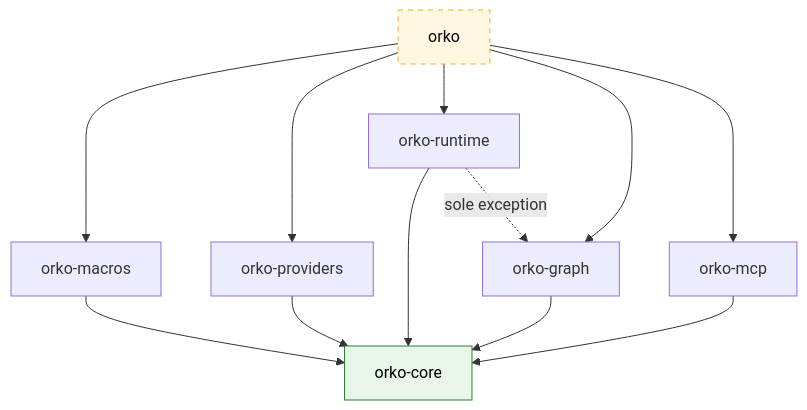
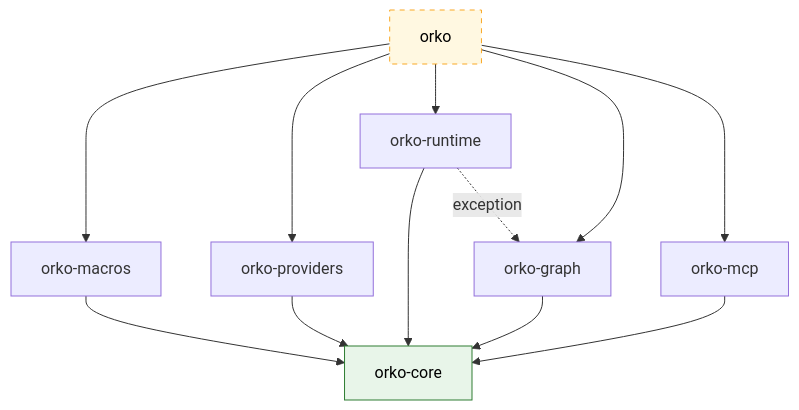
Before and after one commit to orko-rs/orko: the diagram in README.md, drawn with Mermaid. The commit also changed other lines of this file and 17 other files, not shown here.

````diff
--- a/README.md
+++ b/README.md
@@ -70,26 +70,26 @@
 ```mermaid
 graph TD
     facade["orko"]
     macros[orko-macros]
     providers[orko-providers]
     runtime[orko-runtime]
     graphcrate[orko-graph]
     mcp[orko-mcp]
     core["orko-core"]
 
     facade --> macros
     facade --> providers
     facade --> runtime
     facade --> graphcrate
     facade --> mcp
 
     macros --> core
     providers --> core
     runtime --> core
-    runtime -. sole exception .-> graphcrate
+    runtime -. exception .-> graphcrate
     graphcrate --> core
     mcp --> core
 
     style core fill:#e8f5e9,stroke:#2e7d32,color:#000
     style facade fill:#fff8e1,stroke:#f9a825,color:#000,stroke-dasharray: 5 5
 ```
````
